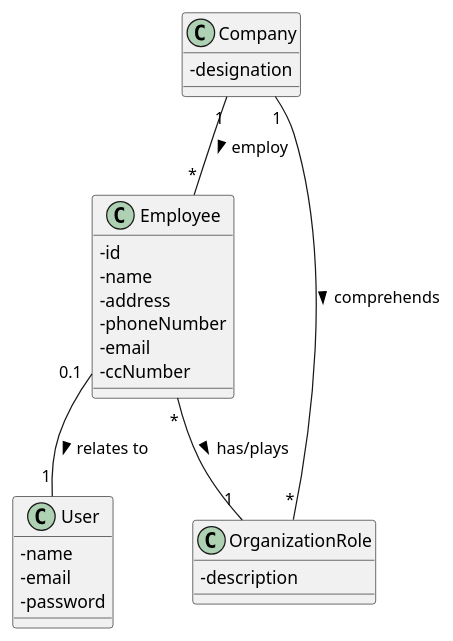
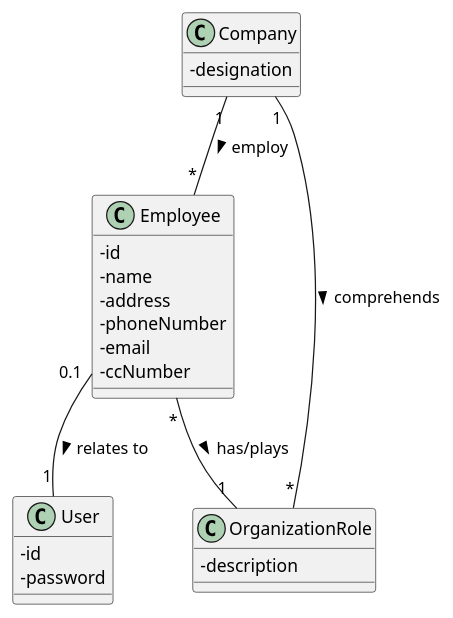
One commit to osnilas/SNSsystem changed the diagram in docs/SprintB/US010/US010_CD.puml. Above: the diagram before and after it, drawn with PlantUML. The commit also changed 16 other files, not shown here.

```diff
--- a/docs/SprintB/US010/US010_CD.puml
+++ b/docs/SprintB/US010/US010_CD.puml
@@ -1,31 +1,30 @@
 @startuml
 'https://plantuml.com/class-diagram
 skinparam classAttributeIconSize 0
 
 Class Company{
 -designation
 }
 Class Employee{
 -id
 -name
 -address
 -phoneNumber
 -email
 -ccNumber
 }
 Class User{
--name
--email
+-id
 -password
 }
 Class OrganizationRole{
 -description
 }
 
 Company"1"--"*"Employee:employ >
 Employee"0.1"--"1"User:relates to >
 Company"1"--"*"OrganizationRole: comprehends >
 Employee"*"--"1"OrganizationRole:has/plays >
 
 
 @enduml
```
